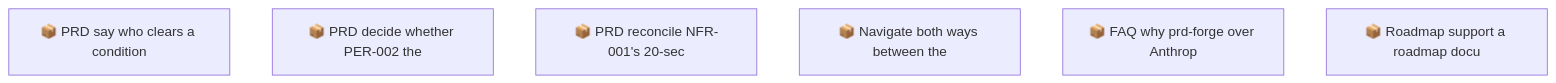
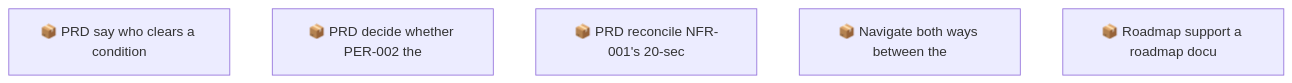
Before and after one commit to SpillwaveSolutions/prd-forge: the second of 2 diagrams in docs/roadmap.md, drawn with Mermaid. The commit also changed other lines of this file and 3 other files, not shown here.

First line of the commit message:
Answer why to use prd-forge over Anthropic's plugin (#23)

````diff
--- a/docs/roadmap.md
+++ b/docs/roadmap.md
@@ -64,9 +59,8 @@
 ```mermaid
 graph TD
     01M67NBJMD36KW0QP1S9D4SMAD["📦 PRD say who clears a condition"]
     01M67NBJQEWFPJ4YZADKC6ZXP7["📦 PRD decide whether PER-002 the"]
     01M67NBJTJAPJSEETE5YS6SVMT["📦 PRD reconcile NFR-001's 20-sec"]
     01M67NKWD871BPKRKQEH9G9FX7["📦 Navigate both ways between the"]
-    01M67NKWK65A7E7T3HN3CQVZ4C["📦 FAQ why prd-forge over Anthrop"]
     01M67NKWT0E0CGYGZYJ8SV6ERN["📦 Roadmap support a roadmap docu"]
 ```
````
